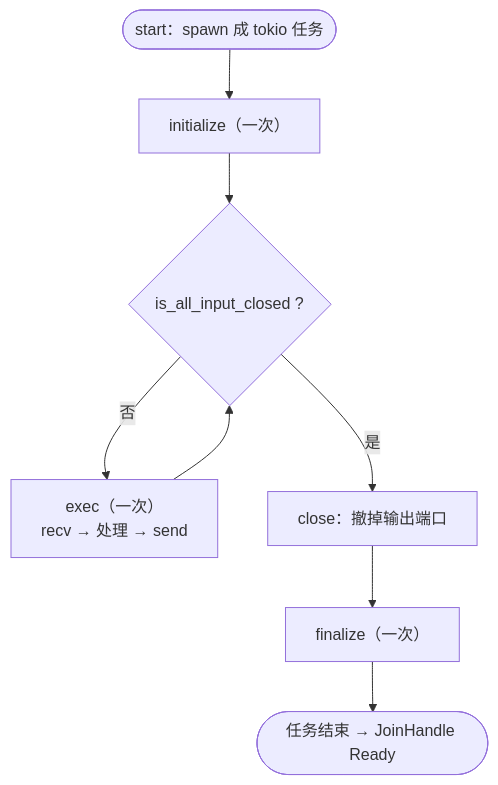
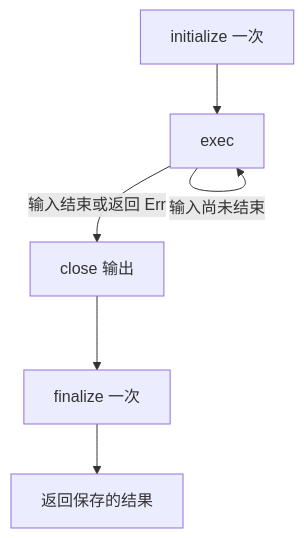
The diagram in book/src/part2/ch01-node-trait.md (zhenbodou/megflow_rebuild), drawn with Mermaid before and after one commit. The commit also changed other lines of this file and 13 other files, not shown here.

````diff
--- a/book/src/part2/ch01-node-trait.md
+++ b/book/src/part2/ch01-node-trait.md
@@ -21,10 +75,8 @@
 ```mermaid
 flowchart TD
-    S([start：spawn 成 tokio 任务]) --> I["initialize（一次）"]
-    I --> C{"is_all_input_closed ?"}
-    C -- 否 --> E["exec（一次）<br/>recv → 处理 → send"]
-    E --> C
-    C -- 是 --> CL["close：撤掉输出端口"]
-    CL --> F["finalize（一次）"]
-    F --> D([任务结束 → JoinHandle Ready])
+    I[initialize 一次] --> E[exec]
+    E -->|输入尚未结束| E
+    E -->|输入结束或返回 Err| C[close 输出]
+    C --> F[finalize 一次]
+    F --> R[返回保存的结果]
 ```
````
